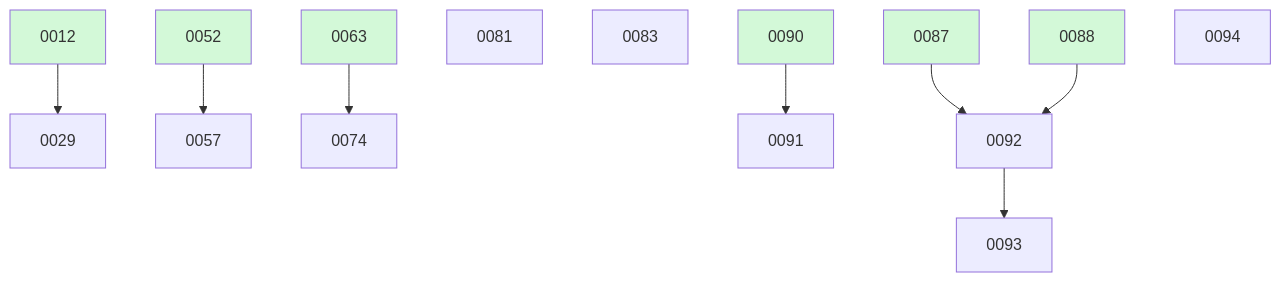
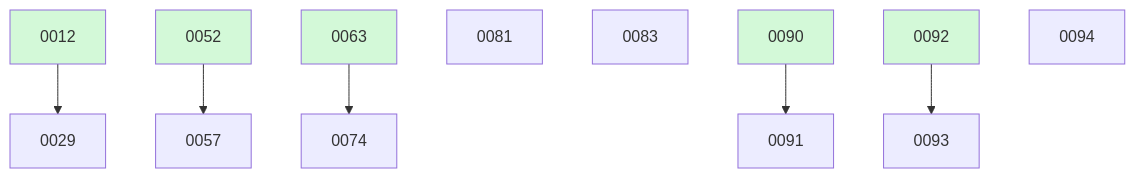
The diagram in docs/changes/BOARD.md (ethanhinson/fuse), drawn with Mermaid before and after one commit. The commit also changed other lines of this file and 4 other files, not shown here.

````diff
--- a/docs/changes/BOARD.md
+++ b/docs/changes/BOARD.md
@@ -34,20 +33,17 @@
 ```mermaid
 graph TD
   0012 --> 0029
   0052 --> 0057
   0063 --> 0074
   0081
   0083
   0090 --> 0091
-  0087 --> 0092
-  0088 --> 0092
   0092 --> 0093
   0094
   0012:::done
   0052:::done
   0063:::done
-  0087:::done
-  0088:::done
   0090:::done
+  0092:::done
   classDef done fill:#d3f9d8;
 ```
````
